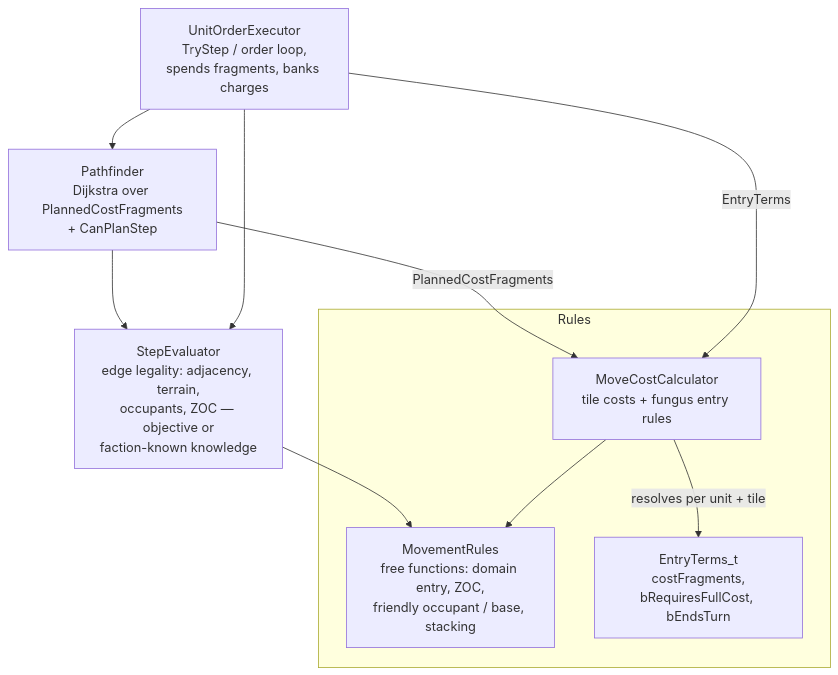
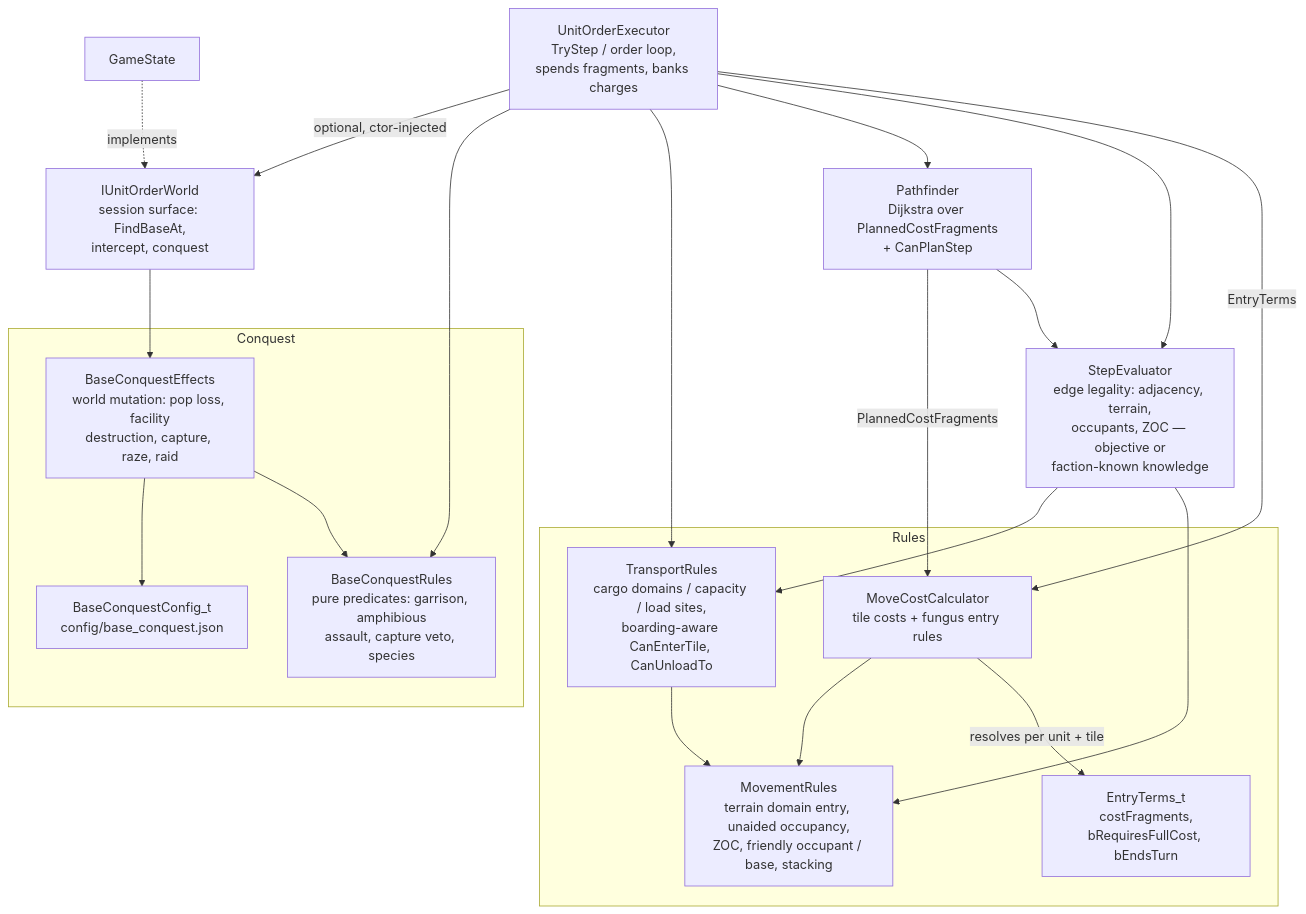
One commit to kilianloftis/alpha-centauri changed the diagram in docs/architecture/unit-movement-system.md. Above: the diagram before and after it, drawn with Mermaid. The commit also changed other lines of this file and 67 other files, not shown here.

Commit message:
Base conquest and Trasnports

````diff
--- a/docs/architecture/unit-movement-system.md
+++ b/docs/architecture/unit-movement-system.md
@@ -9,21 +9,39 @@
 ```mermaid
 graph TD
     subgraph Rules
-        MovementRules[MovementRules<br/>free functions: domain entry, ZOC,<br/>friendly occupant / base, stacking]
+        MovementRules[MovementRules<br/>terrain domain entry, unaided occupancy,<br/>ZOC, friendly occupant / base, stacking]
+        TransportRules[TransportRules<br/>cargo domains / capacity / load sites,<br/>boarding-aware CanEnterTile, CanUnloadTo]
         MoveCostCalculator[MoveCostCalculator<br/>tile costs + fungus entry rules]
         EntryTerms[EntryTerms_t<br/>costFragments,<br/>bRequiresFullCost, bEndsTurn]
         MoveCostCalculator -->|resolves per unit + tile| EntryTerms
+        TransportRules --> MovementRules
+    end
+
+    subgraph Conquest
+        BaseConquestRules[BaseConquestRules<br/>pure predicates: garrison, amphibious<br/>assault, capture veto, species]
+        BaseConquestEffects[BaseConquestEffects<br/>world mutation: pop loss, facility<br/>destruction, capture, raze, raid]
+        BaseConquestConfig[BaseConquestConfig_t<br/>config/base_conquest.json]
+        BaseConquestEffects --> BaseConquestRules
+        BaseConquestEffects --> BaseConquestConfig
     end
 
     StepEvaluator[StepEvaluator<br/>edge legality: adjacency, terrain,<br/>occupants, ZOC — objective or<br/>faction-known knowledge]
     Pathfinder[Pathfinder<br/>Dijkstra over PlannedCostFragments<br/>+ CanPlanStep]
     UnitOrderExecutor[UnitOrderExecutor<br/>TryStep / order loop,<br/>spends fragments, banks charges]
+    IUnitOrderWorld[IUnitOrderWorld<br/>session surface: FindBaseAt,<br/>intercept, conquest]
+    GameState[GameState]
 
     StepEvaluator --> MovementRules
+    StepEvaluator --> TransportRules
     MoveCostCalculator --> MovementRules
     Pathfinder --> StepEvaluator
     Pathfinder -->|PlannedCostFragments| MoveCostCalculator
     UnitOrderExecutor -->|EntryTerms| MoveCostCalculator
     UnitOrderExecutor --> StepEvaluator
     UnitOrderExecutor --> Pathfinder
+    UnitOrderExecutor --> TransportRules
+    UnitOrderExecutor --> BaseConquestRules
+    UnitOrderExecutor -->|optional, ctor-injected| IUnitOrderWorld
+    GameState -.->|implements| IUnitOrderWorld
+    IUnitOrderWorld --> BaseConquestEffects
 ```
````
